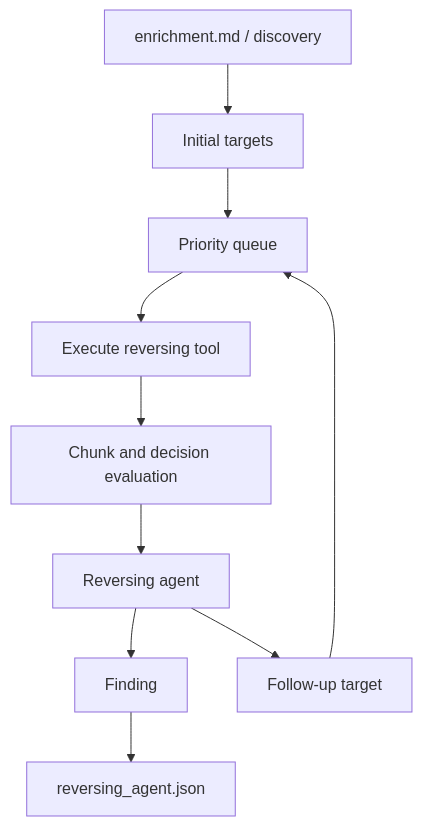
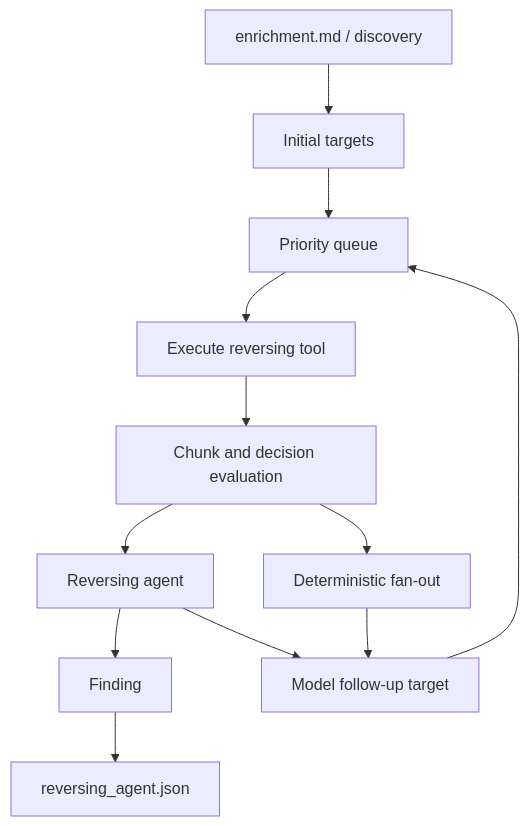
One commit to pablo-972/AIM changed the second of 2 diagrams in docs/ai/README.md. Above: the diagram before and after it, drawn with Mermaid. The commit also changed other lines of this file and 1 other file, not shown here.

````diff
--- a/docs/ai/README.md
+++ b/docs/ai/README.md
@@ -293,12 +308,14 @@
 ```mermaid
 flowchart TD
     Context[enrichment.md / discovery] --> Seed[Initial targets]
     Seed --> Queue[Priority queue]
     Queue --> Tool[Execute reversing tool]
     Tool --> Decision[Chunk and decision evaluation]
     Decision --> Agent[Reversing agent]
+    Decision --> Fanout[Deterministic fan-out]
     Agent --> Finding[Finding]
-    Agent --> FollowUp[Follow-up target]
+    Agent --> FollowUp[Model follow-up target]
+    Fanout --> FollowUp
     FollowUp --> Queue
     Finding --> Memory[reversing_agent.json]
 ```
````
